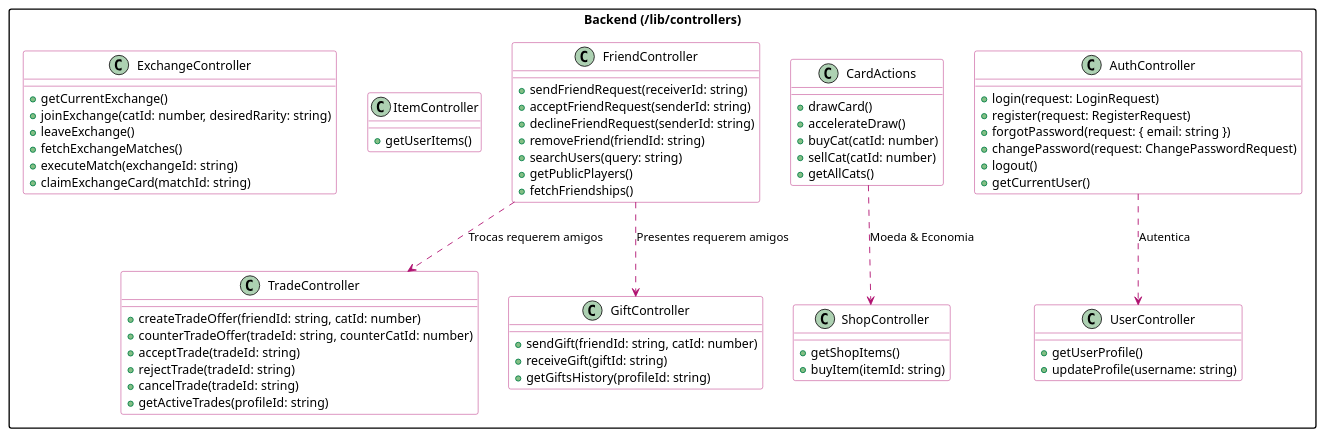
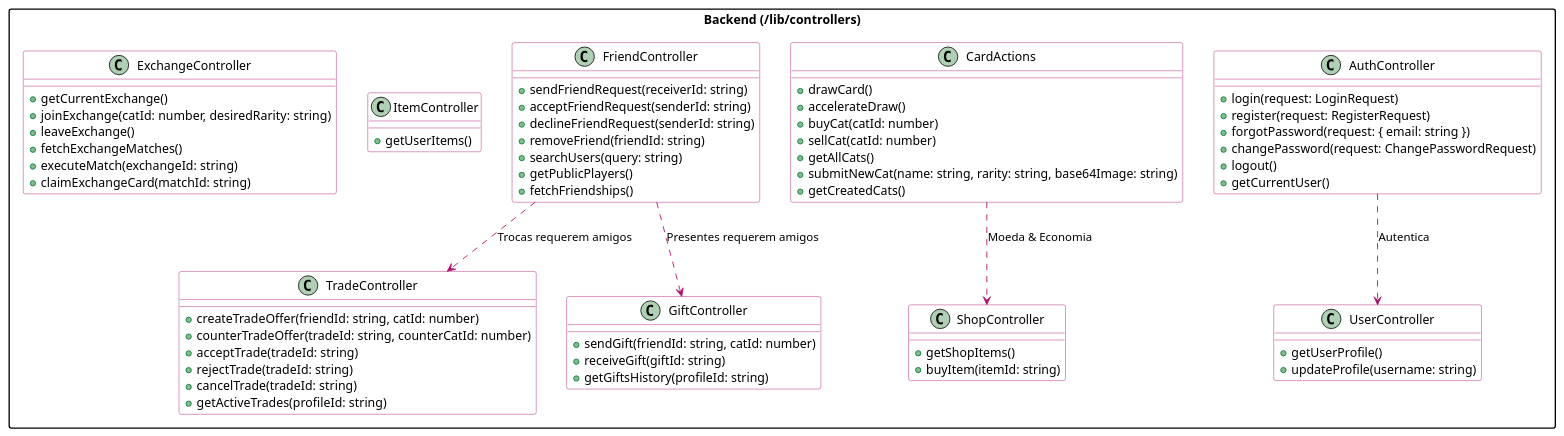
One commit to murilo-henrique060/catcha changed the diagram in docs/backend/controllers.md. Above: the diagram before and after it, drawn with PlantUML. The commit also changed other lines of this file and 3 other files, not shown here.

```diff
--- a/docs/backend/controllers.md
+++ b/docs/backend/controllers.md
@@ -37,6 +37,8 @@
         + buyCat(catId: number)
         + sellCat(catId: number)
         + getAllCats()
+        + submitNewCat(name: string, rarity: string, base64Image: string)
+        + getCreatedCats()
     }
 
     class FriendController {
```
